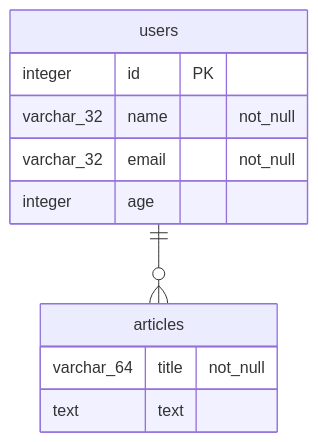
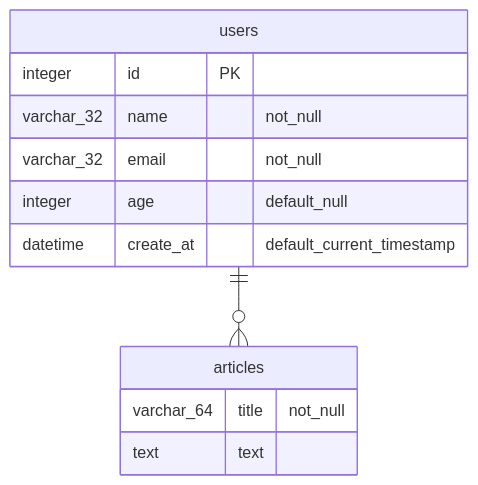
Before and after one commit to ShunichirouKamino/harp: the diagram in harp/doc/sample-er.md, drawn with Mermaid. The commit also changed 5 other files, not shown here.

````diff
--- a/harp/doc/sample-er.md
+++ b/harp/doc/sample-er.md
@@ -1,17 +1,18 @@
 ```mermaid
 erDiagram
 
 users ||--o{ articles: ""
 
 users {
   integer id PK
   varchar_32 name "not_null"
   varchar_32 email "not_null"
-  integer age
+  integer age "default_null"
+  datetime create_at "default_current_timestamp"
 }
 
 articles {
   varchar_64 title "not_null"
   text text
 }
 ```
````
